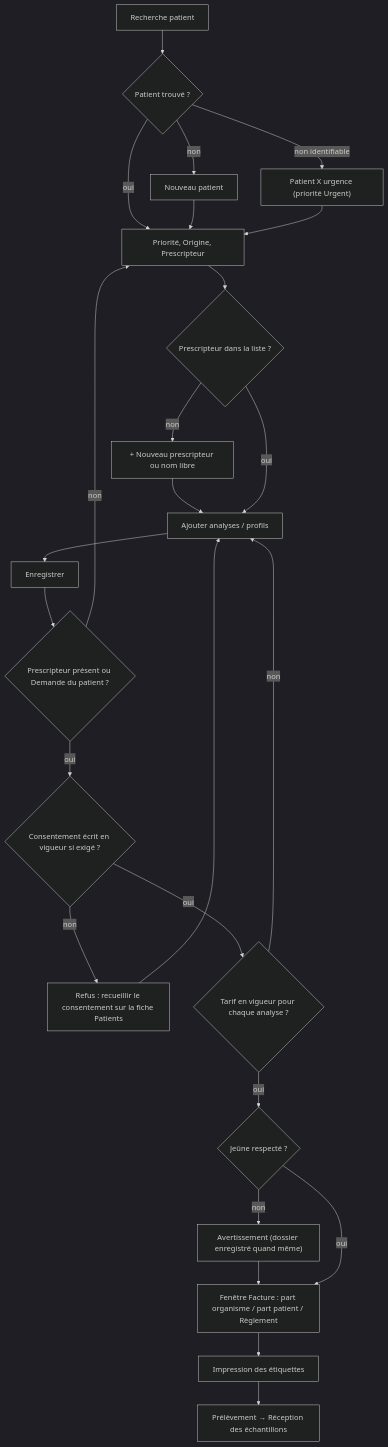
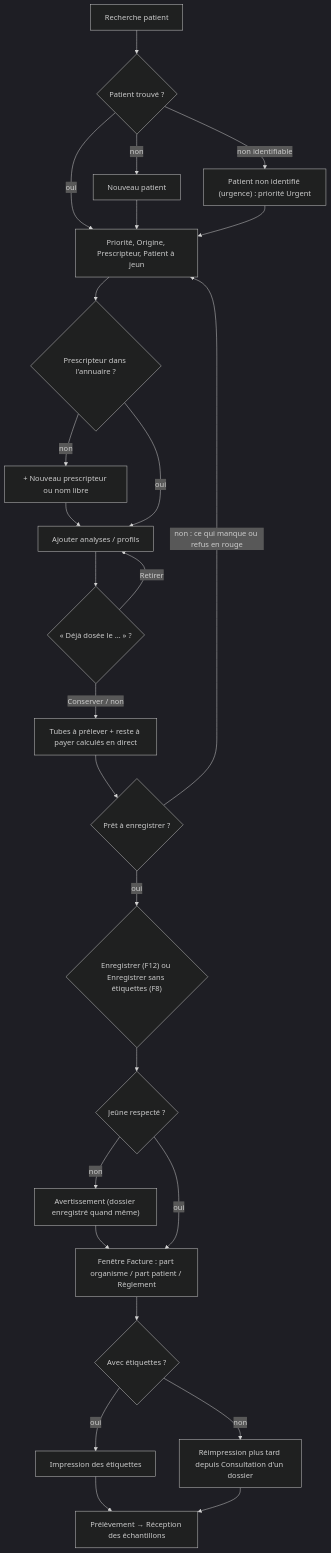
One commit to J4dJad/MarocLis changed the fifth of 8 diagrams in docs/manuel/01-accueil-enregistrement.md. Above: the diagram before and after it, drawn with Mermaid (dark theme). The commit also changed other lines of this file and 5 other files, not shown here.

````diff
--- a/docs/manuel/01-accueil-enregistrement.md
+++ b/docs/manuel/01-accueil-enregistrement.md
@@ -303,27 +375,28 @@
 ```mermaid
 flowchart TD
     A["Recherche patient"] --> B{"Patient trouvé ?"}
     B -- non --> C["Nouveau patient"]
-    B -- "non identifiable" --> U["Patient X urgence (priorité Urgent)"]
-    B -- oui --> D["Priorité, Origine, Prescripteur"]
+    B -- "non identifiable" --> U["Patient non identifié (urgence) : priorité Urgent"]
+    B -- oui --> D["Priorité, Origine, Prescripteur, Patient à jeun"]
     C --> D
     U --> D
-    D --> P{"Prescripteur dans la liste ?"}
+    D --> P{"Prescripteur dans l'annuaire ?"}
     P -- non --> Q["+ Nouveau prescripteur ou nom libre"]
     Q --> E
     P -- oui --> E["Ajouter analyses / profils"]
-    E --> F["Enregistrer"]
-    F --> G{"Prescripteur présent ou Demande du patient ?"}
-    G -- non --> D
-    G -- oui --> H{"Consentement écrit en vigueur si exigé ?"}
-    H -- non --> X["Refus : recueillir le consentement sur la fiche Patients"]
-    X --> E
-    H -- oui --> T{"Tarif en vigueur pour chaque analyse ?"}
-    T -- non --> E
-    T -- oui --> J{"Jeûne respecté ?"}
+    E --> R{"« Déjà dosée le … » ?"}
+    R -- "Retirer" --> E
+    R -- "Conserver / non" --> M["Tubes à prélever + reste à payer calculés en direct"]
+    M --> F{"Prêt à enregistrer ?"}
+    F -- "non : ce qui manque ou refus en rouge" --> D
+    F -- oui --> S{"Enregistrer (F12) ou Enregistrer sans étiquettes (F8)"}
+    S --> J{"Jeûne respecté ?"}
     J -- non --> W["Avertissement (dossier enregistré quand même)"]
     W --> K
     J -- oui --> K["Fenêtre Facture : part organisme / part patient / Règlement"]
-    K --> L["Impression des étiquettes"]
-    L --> M["Prélèvement → Réception des échantillons"]
+    K --> L{"Avec étiquettes ?"}
+    L -- oui --> L1["Impression des étiquettes"]
+    L -- non --> L2["Réimpression plus tard depuis Consultation d'un dossier"]
+    L1 --> N["Prélèvement → Réception des échantillons"]
+    L2 --> N
 ```
````
